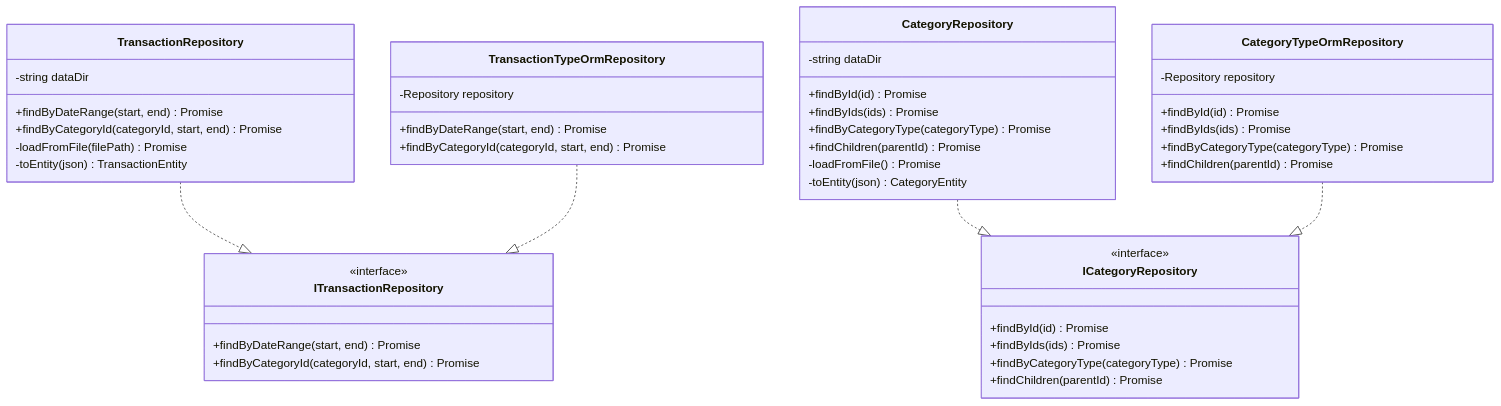
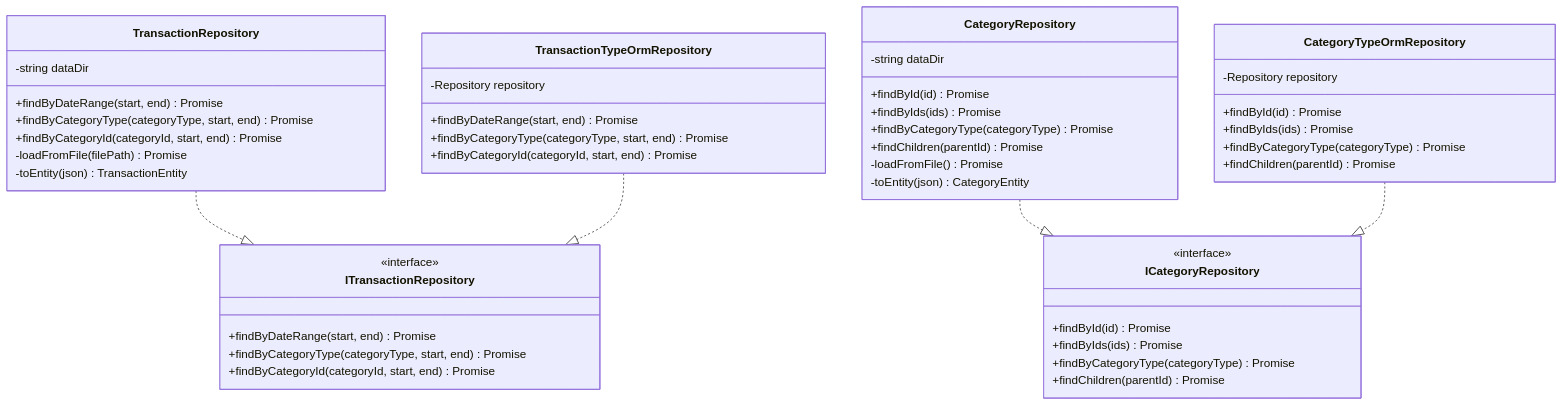
The third of 4 diagrams in docs/detailed-design/FR-019_subcategory-aggregation/class-diagrams.md (kencom2400/account-book), drawn with Mermaid before and after one commit. The commit also changed other lines of this file, not shown here.

First line of the commit message:
docs: Gemini指摘対応 - ITransactionRepositoryにfindByCategoryTypeメソッドを追加

````diff
--- a/docs/detailed-design/FR-019_subcategory-aggregation/class-diagrams.md
+++ b/docs/detailed-design/FR-019_subcategory-aggregation/class-diagrams.md
@@ -298,53 +299,56 @@
 ```mermaid
 classDiagram
     class TransactionRepository {
         -string dataDir
         +findByDateRange(start, end) Promise<TransactionEntity[]>
+        +findByCategoryType(categoryType, start, end) Promise<TransactionEntity[]>
         +findByCategoryId(categoryId, start, end) Promise<TransactionEntity[]>
         -loadFromFile(filePath) Promise<TransactionEntity[]>
         -toEntity(json) TransactionEntity
     }
 
     class TransactionTypeOrmRepository {
         -Repository<TransactionEntity> repository
         +findByDateRange(start, end) Promise<TransactionEntity[]>
+        +findByCategoryType(categoryType, start, end) Promise<TransactionEntity[]>
         +findByCategoryId(categoryId, start, end) Promise<TransactionEntity[]>
     }
 
     class CategoryRepository {
         -string dataDir
         +findById(id) Promise<CategoryEntity | null>
         +findByIds(ids) Promise<CategoryEntity[]>
         +findByCategoryType(categoryType) Promise<CategoryEntity[]>
         +findChildren(parentId) Promise<CategoryEntity[]>
         -loadFromFile() Promise<CategoryEntity[]>
         -toEntity(json) CategoryEntity
     }
 
     class CategoryTypeOrmRepository {
         -Repository<CategoryEntity> repository
         +findById(id) Promise<CategoryEntity | null>
         +findByIds(ids) Promise<CategoryEntity[]>
         +findByCategoryType(categoryType) Promise<CategoryEntity[]>
         +findChildren(parentId) Promise<CategoryEntity[]>
     }
 
     class ITransactionRepository {
         <<interface>>
         +findByDateRange(start, end) Promise<TransactionEntity[]>
+        +findByCategoryType(categoryType, start, end) Promise<TransactionEntity[]>
         +findByCategoryId(categoryId, start, end) Promise<TransactionEntity[]>
     }
 
     class ICategoryRepository {
         <<interface>>
         +findById(id) Promise<CategoryEntity | null>
         +findByIds(ids) Promise<CategoryEntity[]>
         +findByCategoryType(categoryType) Promise<CategoryEntity[]>
         +findChildren(parentId) Promise<CategoryEntity[]>
     }
 
     TransactionRepository ..|> ITransactionRepository
     TransactionTypeOrmRepository ..|> ITransactionRepository
     CategoryRepository ..|> ICategoryRepository
     CategoryTypeOrmRepository ..|> ICategoryRepository
 ```
````
